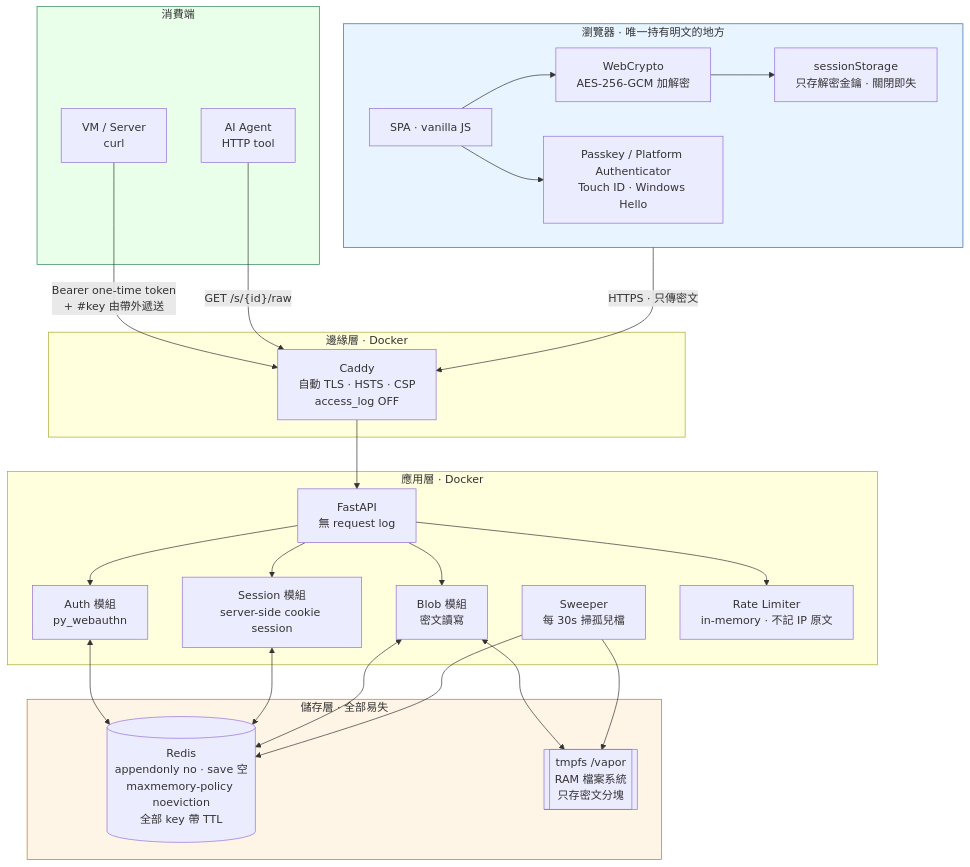
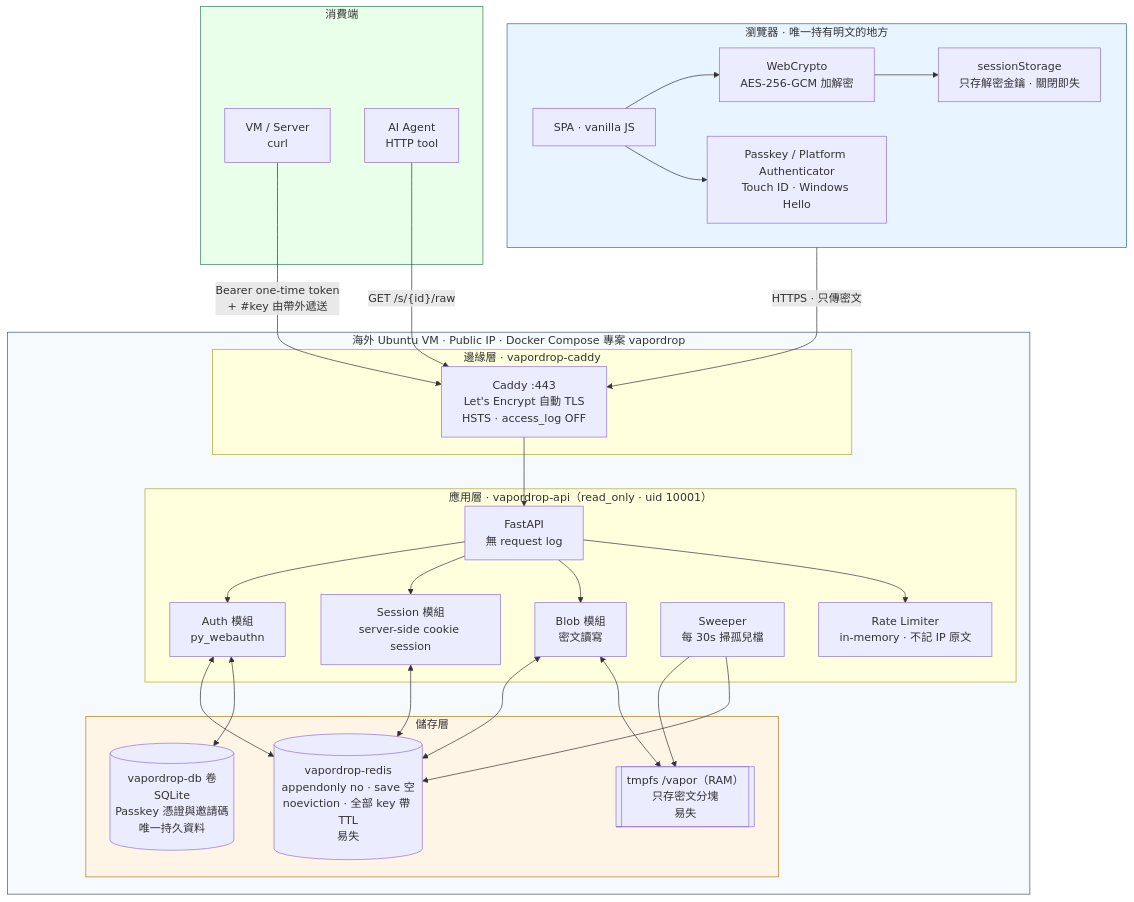
The first of 11 diagrams in README.md (tonylnng/VaporDrop), drawn with Mermaid before and after one commit. The commit also changed other lines of this file and 5 other files, not shown here.

First line of the commit message:
refactor: 所有 Docker 物件統一 vapordrop 前綴；架構圖改為海外 Ubuntu VM（Public IP）

````diff
--- a/README.md
+++ b/README.md
@@ -33,55 +33,60 @@
 ```mermaid
 graph TB
     subgraph Client["瀏覽器 · 唯一持有明文的地方"]
         UI["SPA · vanilla JS"]
         WC["WebCrypto<br/>AES-256-GCM 加解密"]
         PK["Passkey / Platform Authenticator<br/>Touch ID · Windows Hello"]
         SS["sessionStorage<br/>只存解密金鑰 · 關閉即失"]
         UI --> WC
         UI --> PK
         WC --> SS
     end
 
-    subgraph Edge["邊緣層 · Docker"]
-        CADDY["Caddy<br/>自動 TLS · HSTS · CSP<br/>access_log OFF"]
+    subgraph Host["海外 Ubuntu VM · Public IP · Docker Compose 專案 vapordrop"]
+    subgraph Edge["邊緣層 · vapordrop-caddy"]
+        CADDY["Caddy :443<br/>Let's Encrypt 自動 TLS<br/>HSTS · access_log OFF"]
     end
 
-    subgraph App["應用層 · Docker"]
+    subgraph App["應用層 · vapordrop-api（read_only · uid 10001）"]
         API["FastAPI<br/>無 request log"]
         AUTH["Auth 模組<br/>py_webauthn"]
         SESS["Session 模組<br/>server-side cookie session"]
         BLOB["Blob 模組<br/>密文讀寫"]
         SWEEP["Sweeper<br/>每 30s 掃孤兒檔"]
         RL["Rate Limiter<br/>in-memory · 不記 IP 原文"]
         API --> AUTH
         API --> SESS
         API --> BLOB
         API --> RL
     end
 
-    subgraph Store["儲存層 · 全部易失"]
-        REDIS[("Redis<br/>appendonly no · save 空<br/>maxmemory-policy noeviction<br/>全部 key 帶 TTL")]
-        TMPFS[["tmpfs /vapor<br/>RAM 檔案系統<br/>只存密文分塊"]]
+    subgraph Store["儲存層"]
+        REDIS[("vapordrop-redis<br/>appendonly no · save 空<br/>noeviction · 全部 key 帶 TTL<br/>易失")]
+        TMPFS[["tmpfs /vapor（RAM）<br/>只存密文分塊<br/>易失"]]
+        SQLITE[("vapordrop-db 卷<br/>SQLite<br/>Passkey 憑證與邀請碼<br/>唯一持久資料")]
+    end
     end
 
     subgraph Consumer["消費端"]
         VM["VM / Server<br/>curl"]
         AGENT["AI Agent<br/>HTTP tool"]
     end
 
     Client -- "HTTPS · 只傳密文" --> CADDY
     CADDY --> API
     AUTH <--> REDIS
+    AUTH <--> SQLITE
     SESS <--> REDIS
     BLOB <--> REDIS
     BLOB <--> TMPFS
     SWEEP --> TMPFS
     SWEEP --> REDIS
 
     VM -- "Bearer one-time token<br/>+ #key 由帶外遞送" --> CADDY
     AGENT -- "GET /s/{id}/raw" --> CADDY
 
     style Client fill:#e8f4ff,stroke:#2b6cb0
+    style Host fill:#f7fafc,stroke:#4a5568
     style Store fill:#fff5e6,stroke:#b7791f
     style Consumer fill:#eaffea,stroke:#2f855a
 ```
````
